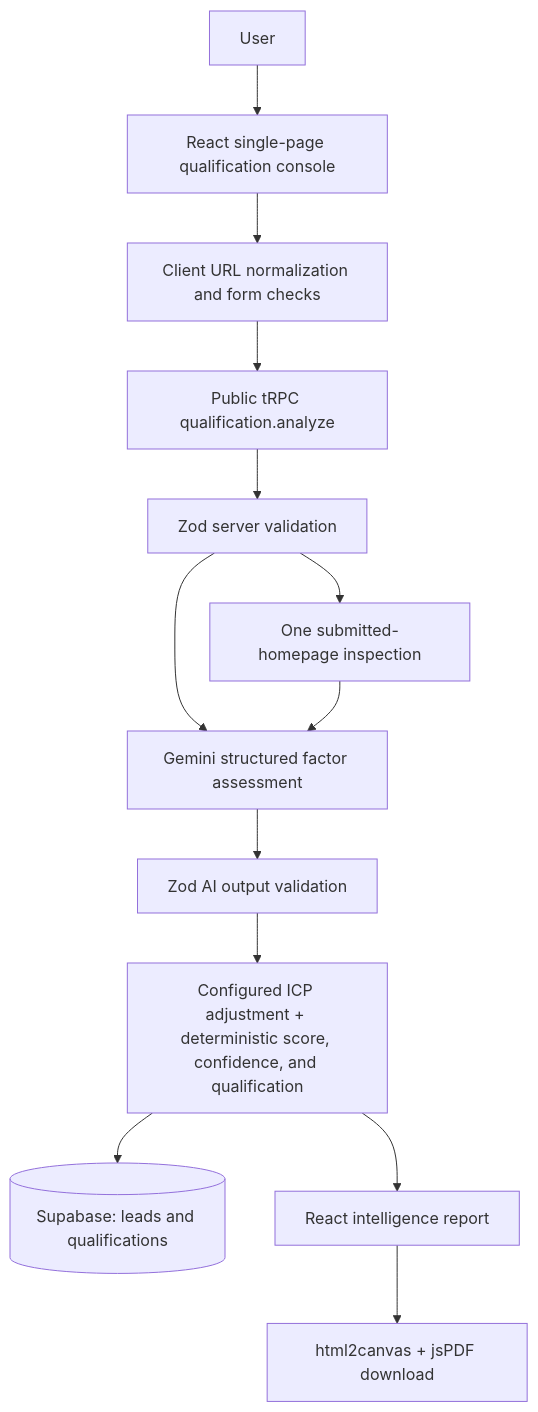
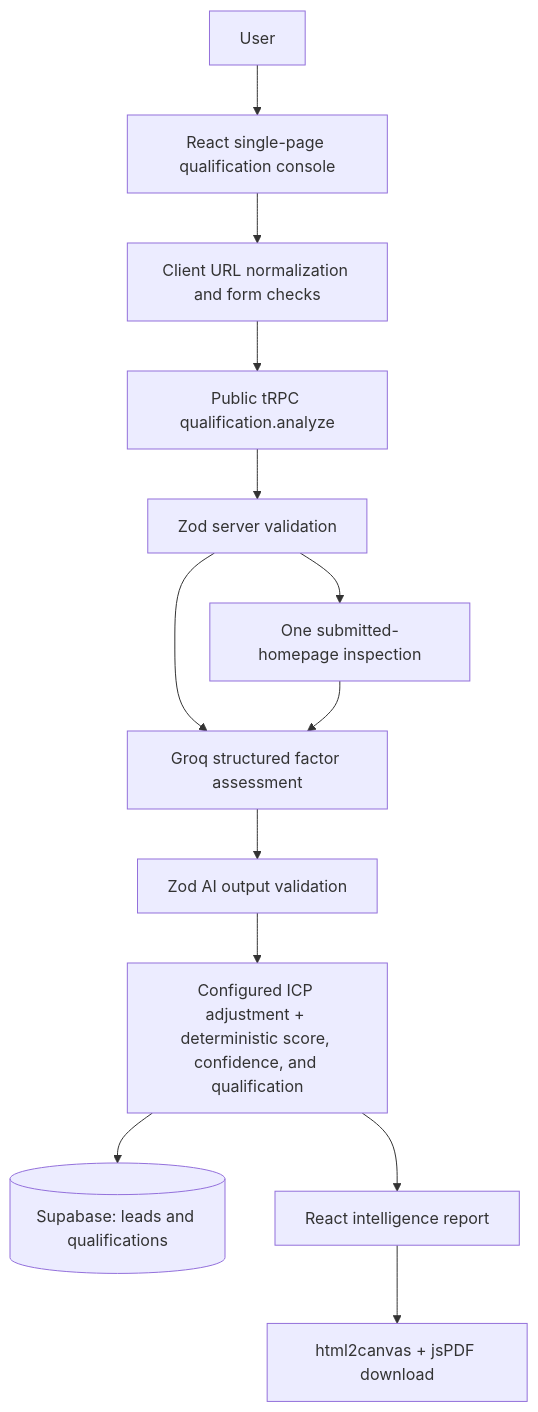
Before and after one commit to niks007-cryp/seosignal: the diagram in docs/SEOSignal-Technical-Documentation.md, drawn with Mermaid. The commit also changed other lines of this file and 14 other files, not shown here.

Commit message:
Replace Gemini with Groq provider

````diff
--- a/docs/SEOSignal-Technical-Documentation.md
+++ b/docs/SEOSignal-Technical-Documentation.md
@@ -332,15 +332,15 @@
 ```mermaid
 flowchart TD
     U[User] --> UI[React single-page qualification console]
     UI --> CV[Client URL normalization and form checks]
     CV --> API[Public tRPC qualification.analyze]
     API --> SV[Zod server validation]
     SV --> WI[One submitted-homepage inspection]
-    SV --> G[Gemini structured factor assessment]
+    SV --> G[Groq structured factor assessment]
     WI --> G
     G --> Z[Zod AI output validation]
     Z --> D[Configured ICP adjustment + deterministic score, confidence, and qualification]
     D --> DB[(Supabase: leads and qualifications)]
     D --> R[React intelligence report]
     R --> P[html2canvas + jsPDF download]
 ```
````
